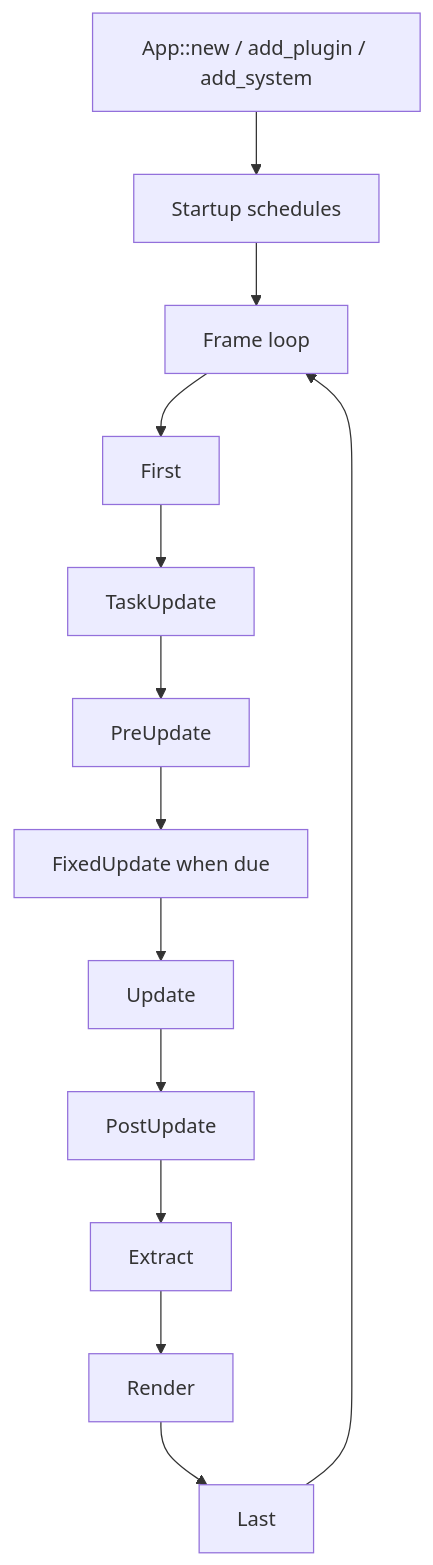
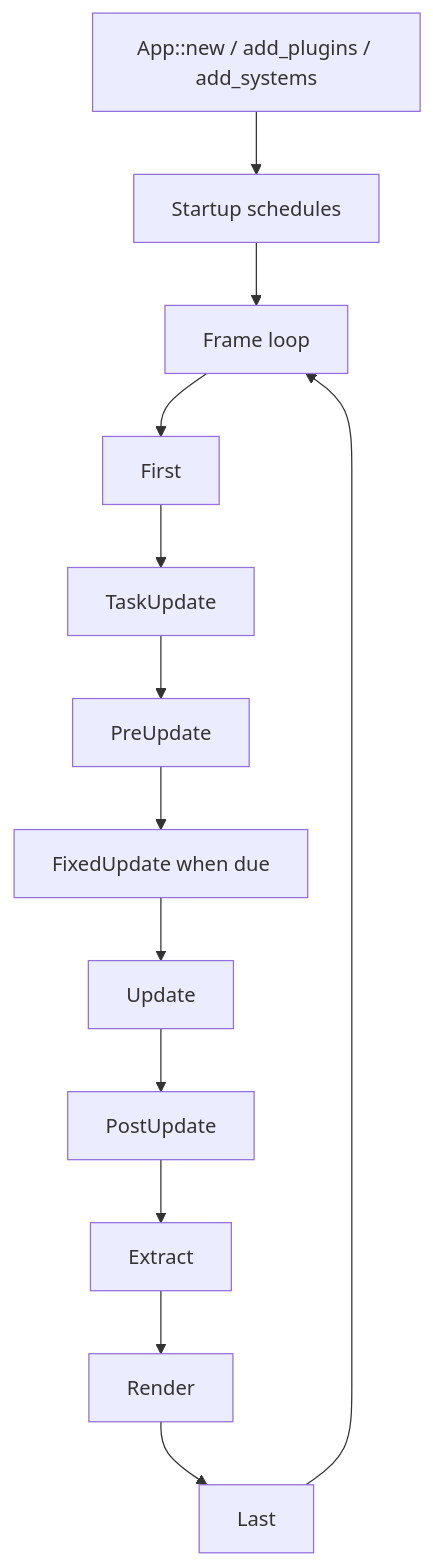
One commit to Latias94/nara changed the diagram in docs/architecture/adr/0003-own-app-plugin-and-schedule-lifecycle.md. Above: the diagram before and after it, drawn with Mermaid. The commit also changed other lines of this file and 15 other files, not shown here.

First line of the commit message:
docs(architecture): tighten runtime and authoring interfaces

````diff
--- a/docs/architecture/adr/0003-own-app-plugin-and-schedule-lifecycle.md
+++ b/docs/architecture/adr/0003-own-app-plugin-and-schedule-lifecycle.md
@@ -28,15 +28,15 @@
 ```mermaid
 flowchart TD
-    Build[App::new / add_plugin / add_system] --> Startup[Startup schedules]
+    Build[App::new / add_plugins / add_systems] --> Startup[Startup schedules]
     Startup --> Frame[Frame loop]
     Frame --> First[First]
     First --> TaskUpdate[TaskUpdate]
     TaskUpdate --> PreUpdate[PreUpdate]
     PreUpdate --> FixedUpdate[FixedUpdate when due]
     FixedUpdate --> Update[Update]
     Update --> PostUpdate[PostUpdate]
     PostUpdate --> Extract[Extract]
     Extract --> Render[Render]
     Render --> Last[Last]
     Last --> Frame
 ```
````
